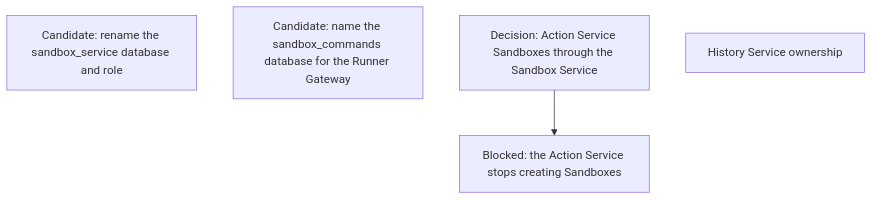
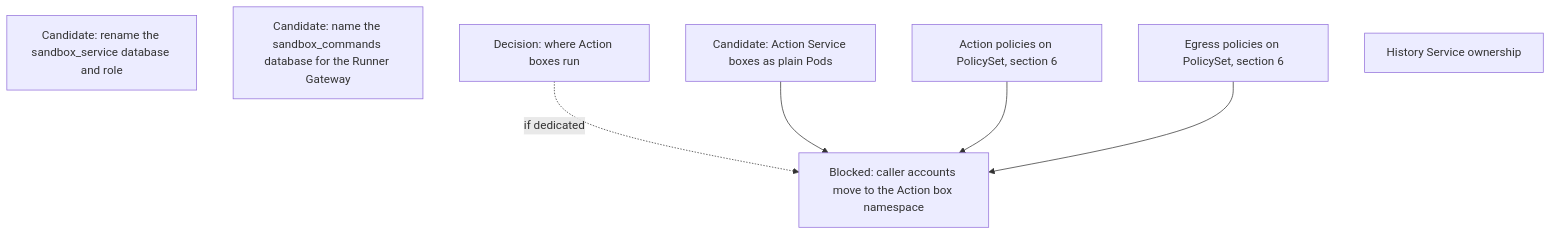
Before and after one commit to agentydragon-agent/ducktape: diagram 11 of 14 in agentplane/plans/task_dag.md, drawn with Mermaid. The commit also changed other lines of this file, not shown here.

````diff
--- a/agentplane/plans/task_dag.md
+++ b/agentplane/plans/task_dag.md
@@ -774,9 +797,15 @@
 ```mermaid
 flowchart TD
     HISTORY_DATABASE_RENAME[Candidate: rename the sandbox_service database and role]
     SANDBOX_DATABASE_RENAME[Candidate: name the sandbox_commands database for the Runner Gateway]
-    ACTION_SANDBOX_DESIGN[Decision: Action Service Sandboxes through the Sandbox Service]
-    ACTION_SANDBOX_PROVISIONING[Blocked: the Action Service stops creating Sandboxes]
-    ACTION_SANDBOX_DESIGN --> ACTION_SANDBOX_PROVISIONING
+    ACTION_SANDBOX_PODS[Candidate: Action Service boxes as plain Pods]
+    ACTION_BOX_NAMESPACE[Decision: where Action boxes run]
+    ACTION_BOX_SA_MOVE[Blocked: caller accounts move to the Action box namespace]
+    ACTION_POLICY_MIGRATE[Action policies on PolicySet, section 6]
+    EGRESS_POLICY_MIGRATE[Egress policies on PolicySet, section 6]
+    ACTION_BOX_NAMESPACE -. if dedicated .-> ACTION_BOX_SA_MOVE
+    ACTION_SANDBOX_PODS --> ACTION_BOX_SA_MOVE
+    ACTION_POLICY_MIGRATE --> ACTION_BOX_SA_MOVE
+    EGRESS_POLICY_MIGRATE --> ACTION_BOX_SA_MOVE
     HISTORY_SERVICE_OWNERSHIP[History Service ownership]
 ```
````
